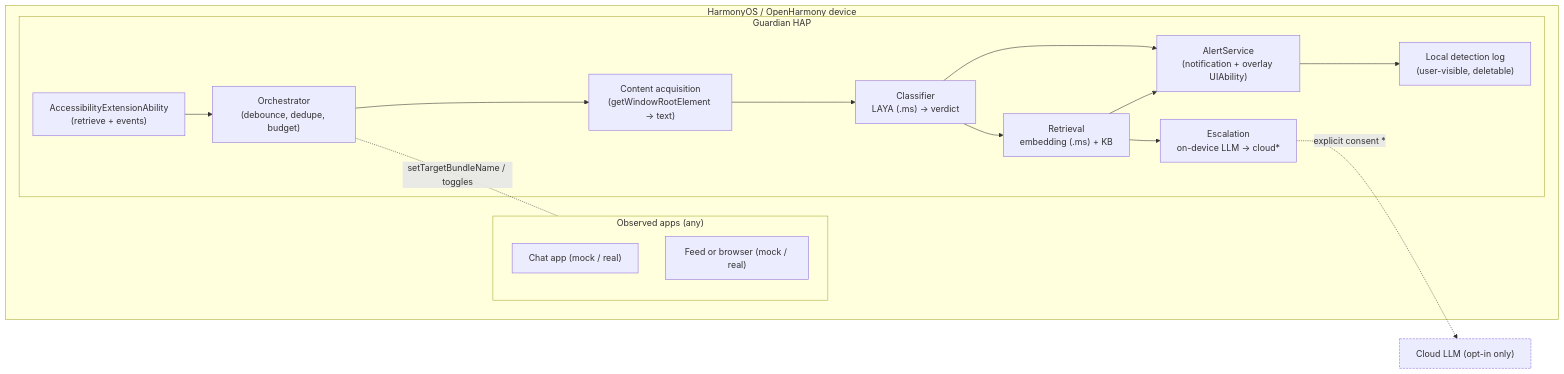
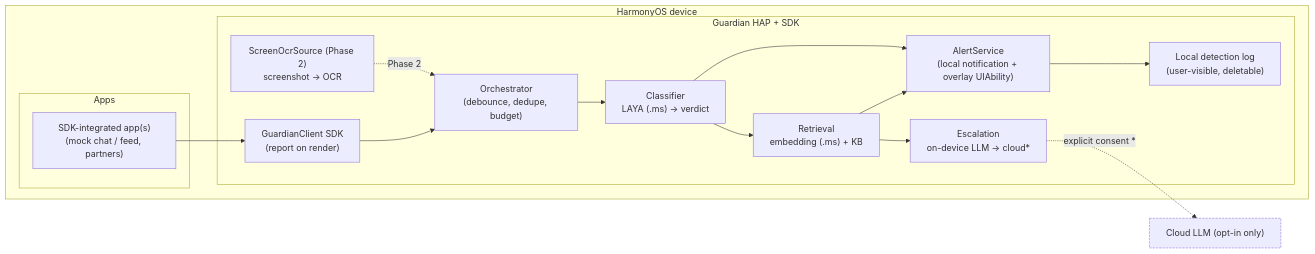
The diagram in DESIGN.md (jgeb28/hackyeah2026), drawn with Mermaid before and after one commit. The commit also changed other lines of this file and 1 other file, not shown here.

First line of the commit message:
docs(design): align DESIGN.md with the implemented SDK trigger

````diff
--- a/DESIGN.md
+++ b/DESIGN.md
@@ -127,31 +245,32 @@
 ```mermaid
 flowchart LR
-  subgraph Device["HarmonyOS / OpenHarmony device"]
-    subgraph Apps["Observed apps (any)"]
-      Chat["Chat app (mock / real)"]
-      Feed["Feed or browser (mock / real)"]
+  subgraph Device["HarmonyOS device"]
+    subgraph Apps["Apps"]
+      Partner["SDK-integrated app(s)\n(mock chat / feed, partners)"]
     end
 
-    subgraph Guardian["Guardian HAP"]
-      AXS["AccessibilityExtensionAbility\n(retrieve + events)"]
+    subgraph Guardian["Guardian HAP + SDK"]
+      SDK["GuardianClient SDK\n(report on render)"]
+      OCR["ScreenOcrSource (Phase 2)\nscreenshot → OCR"]
       ORCH["Orchestrator\n(debounce, dedupe, budget)"]
-      ACQ["Content acquisition\n(getWindowRootElement → text)"]
       CLS["Classifier\nLAYA (.ms) → verdict"]
       RAG["Retrieval\nembedding (.ms) + KB"]
       ESC["Escalation\non-device LLM → cloud*"]
-      UI["AlertService\n(notification + overlay UIAbility)"]
+      UI["AlertService\n(local notification + overlay UIAbility)"]
       LOG["Local detection log\n(user-visible, deletable)"]
     end
 
-    AXS --> ORCH --> ACQ --> CLS --> RAG
+    Partner --> SDK
+    OCR -. Phase 2 .-> ORCH
+    SDK --> ORCH
+    ORCH --> CLS --> RAG
     CLS --> UI
     RAG --> ESC
     RAG --> UI
     UI --> LOG
-    ORCH -. setTargetBundleName / toggles .- Apps
   end
   ESC -. explicit consent * .-> Cloud["Cloud LLM (opt-in only)"]
 
   classDef optin stroke-dasharray: 4 2;
   class Cloud optin;
 ```
````
